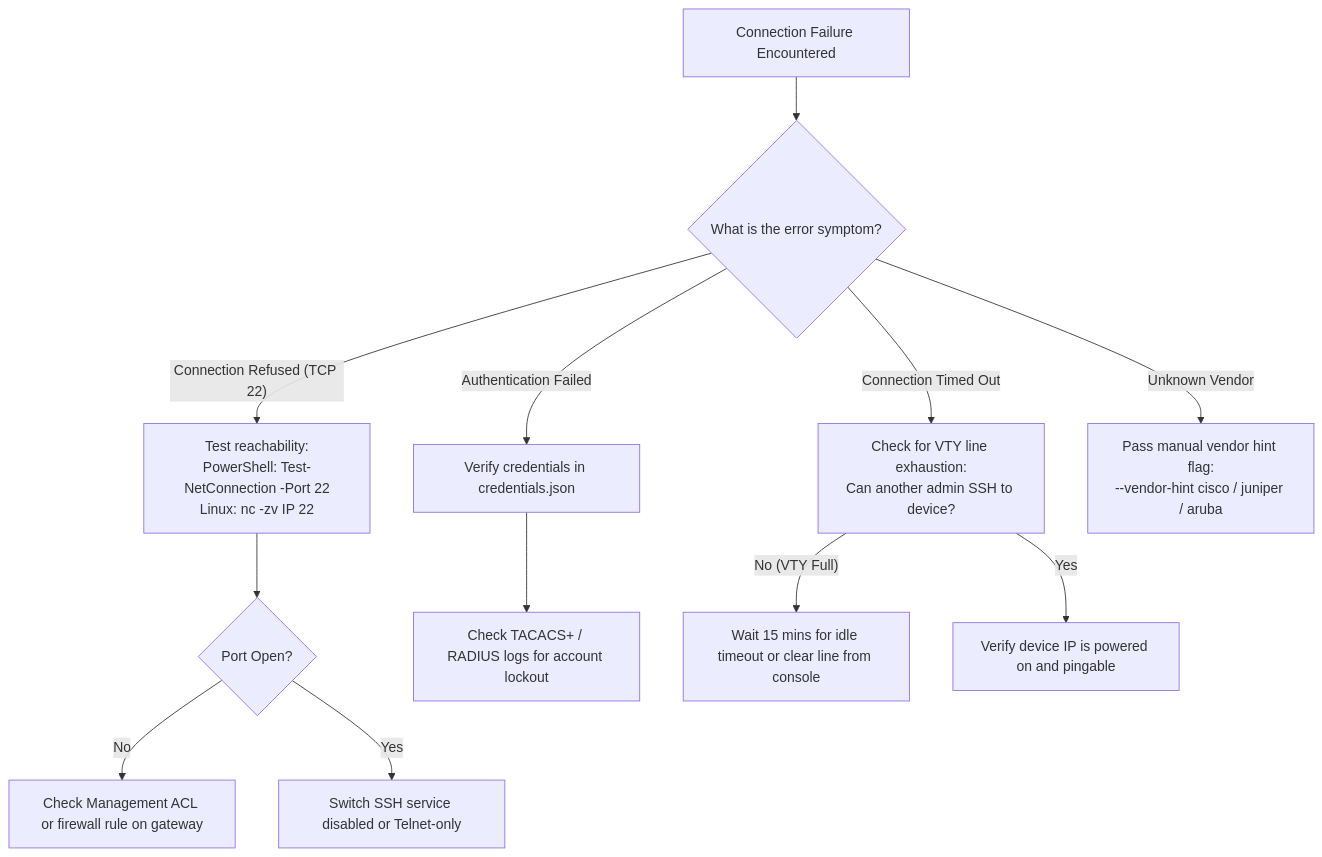
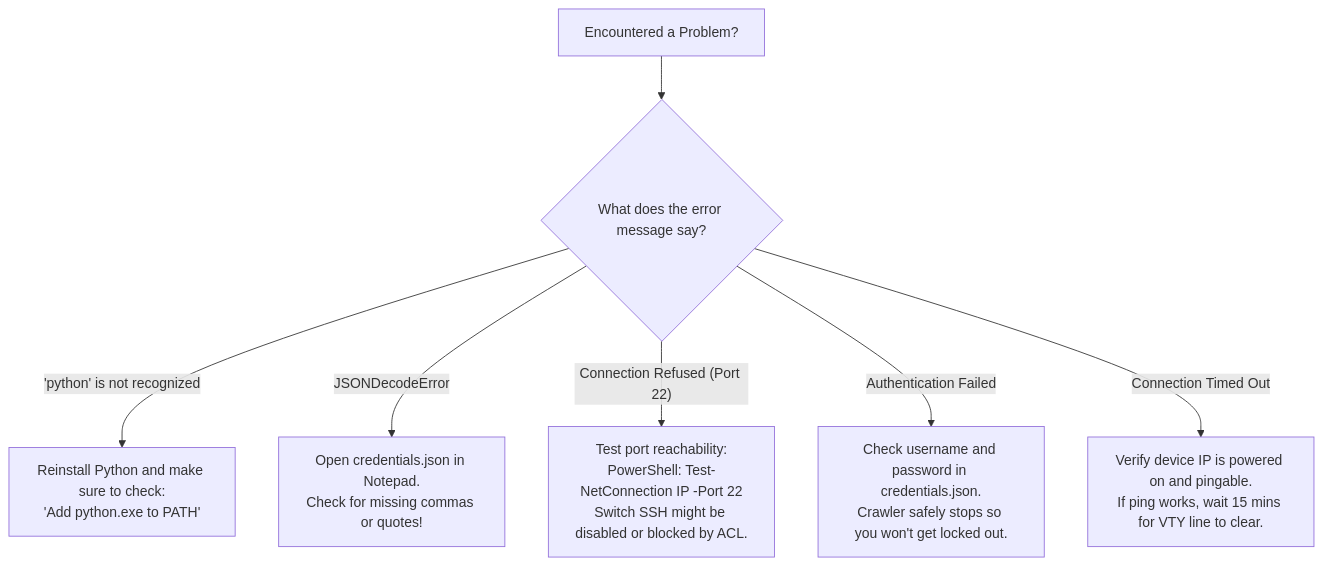
Before and after one commit to leifdavisson/net-docu-crawler: the diagram in docs/junior_operator_playbook.md, drawn with Mermaid. The commit also changed other lines of this file, not shown here.

````diff
--- a/docs/junior_operator_playbook.md
+++ b/docs/junior_operator_playbook.md
@@ -246,18 +246,10 @@
 ```mermaid
 flowchart TD
-    Error["Connection Failure Encountered"] --> CheckType{"What is the error symptom?"}
+    Error["Encountered a Problem?"] --> CheckType{"What does the error message say?"}
 
-    CheckType -- "Connection Refused (TCP 22)" --> NetCat["Test reachability:<br>PowerShell: Test-NetConnection -Port 22<br>Linux: nc -zv IP 22"]
-    NetCat --> FireCheck{"Port Open?"}
-    FireCheck -- No --> ACL["Check Management ACL or firewall rule on gateway"]
-    FireCheck -- Yes --> SSHVer["Switch SSH service disabled or Telnet-only"]
-
-    CheckType -- "Authentication Failed" --> CheckAAA["Verify credentials in credentials.json"]
-    CheckAAA --> LockCheck["Check TACACS+ / RADIUS logs for account lockout"]
-
-    CheckType -- "Connection Timed Out" --> VTYCheck["Check for VTY line exhaustion:<br>Can another admin SSH to device?"]
-    VTYCheck -- "No (VTY Full)" --> ClearVTY["Wait 15 mins for idle timeout or clear line from console"]
-    VTYCheck -- "Yes" --> PingCheck["Verify device IP is powered on and pingable"]
-
-    CheckType -- "Unknown Vendor" --> Hint["Pass manual vendor hint flag:<br>--vendor-hint cisco / juniper / aruba"]
+    CheckType -- "'python' is not recognized" --> FixPython["Reinstall Python and make sure to check:<br>'Add python.exe to PATH'"]
+    CheckType -- "JSONDecodeError" --> FixJSON["Open credentials.json in Notepad.<br>Check for missing commas or quotes!"]
+    CheckType -- "Connection Refused (Port 22)" --> FixRefused["Test port reachability:<br>PowerShell: Test-NetConnection IP -Port 22<br>Switch SSH might be disabled or blocked by ACL."]
+    CheckType -- "Authentication Failed" --> FixAuth["Check username and password in credentials.json.<br>Crawler safely stops so you won't get locked out."]
+    CheckType -- "Connection Timed Out" --> FixTimeout["Verify device IP is powered on and pingable.<br>If ping works, wait 15 mins for VTY line to clear."]
 ```
````
